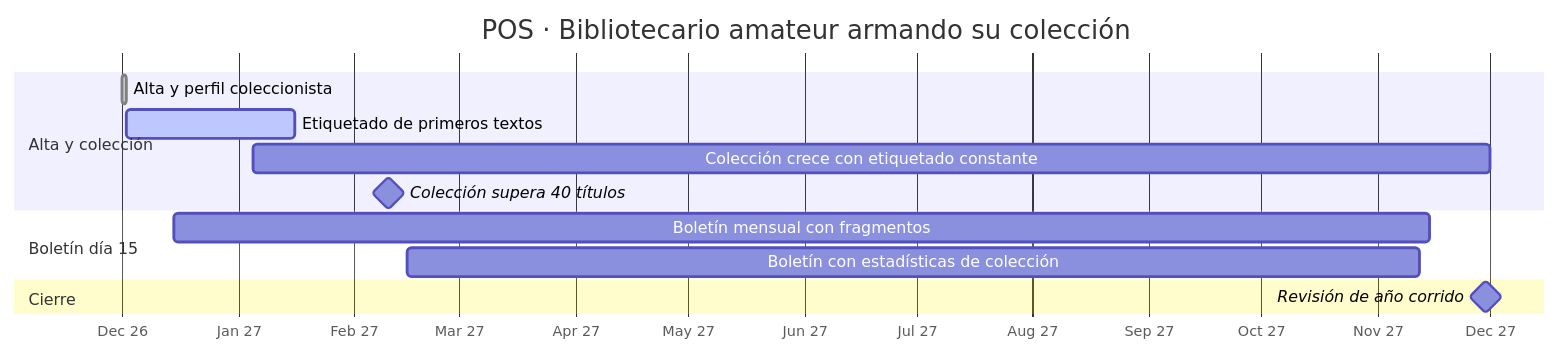
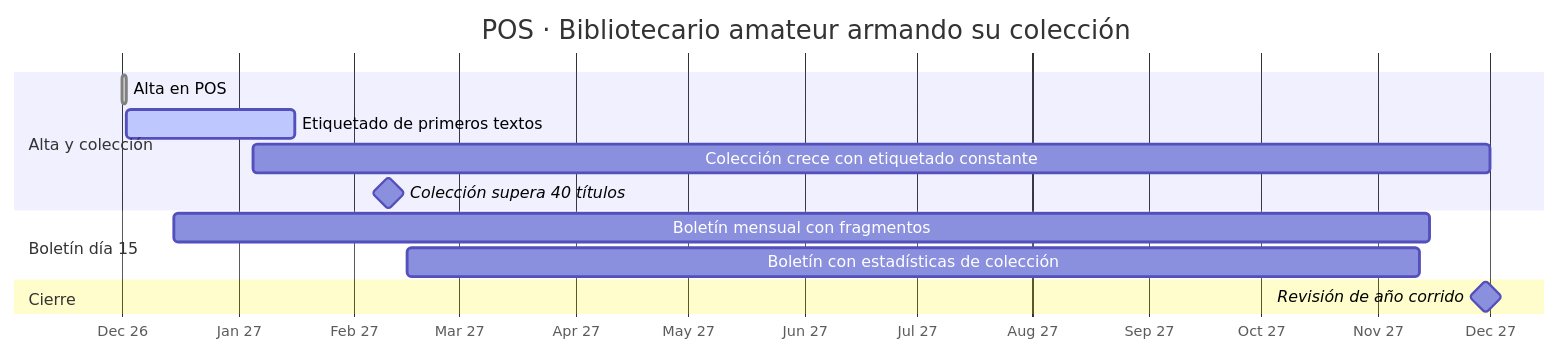
The diagram in newsletter-plugin/docs/gantt/pos-bibliotecario.md (lol-protocol/php), drawn with Mermaid before and after one commit. The commit also changed 12 other files, not shown here.

````diff
--- a/newsletter-plugin/docs/gantt/pos-bibliotecario.md
+++ b/newsletter-plugin/docs/gantt/pos-bibliotecario.md
@@ -7,16 +7,16 @@
 ```mermaid
 gantt
   title POS · Bibliotecario amateur armando su colección
   dateFormat YYYY-MM-DD
   axisFormat %b %y
   section Alta y colección
-  Alta y perfil coleccionista      :done, p1a, 2026-12-01, 1d
+  Alta en POS      :done, p1a, 2026-12-01, 1d
   Etiquetado de primeros textos    :active, p1b, 2026-12-02, 45d
   Colección crece con etiquetado constante :p1c, 2027-01-05, 330d
   Colección supera 40 títulos      :milestone, p1d, 2027-02-10, 0d
   section Boletín día 15
   Boletín mensual con fragmentos   :p1e, 2026-12-15, 335d
   Boletín con estadísticas de colección :p1f, 2027-02-15, 270d
   section Cierre
   Revisión de año corrido          :milestone, p1g, 2027-11-30, 0d
 ```
````
